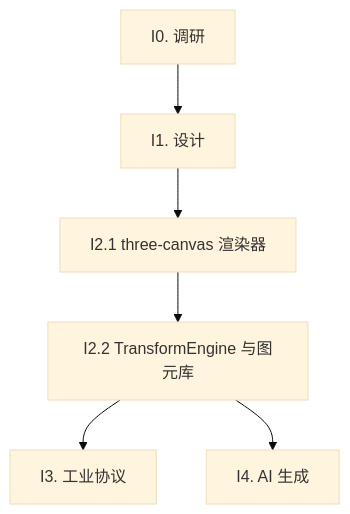
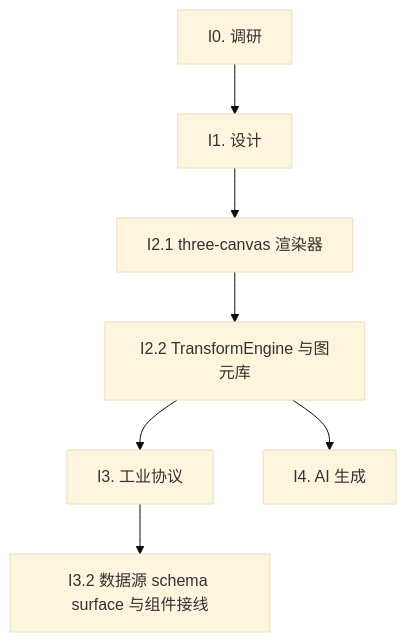
One commit to entropy-cloud/nop-chaos-flux changed the diagram in docs/backlog/threejs-integration-roadmap.md. Above: the diagram before and after it, drawn with Mermaid (base theme). The commit also changed other lines of this file and 1 other file, not shown here.

Commit message:
docs(threejs): plan 470 (I3.2 datasource schema surface + component wiring) reviewed to active — fulfills plan 467 Deferred successor obligation (roadmap work item added per human directive 2026-09-16)

````diff
--- a/docs/backlog/threejs-integration-roadmap.md
+++ b/docs/backlog/threejs-integration-roadmap.md
@@ -90,8 +92,9 @@
 ```mermaid
 graph TD
     I0[I0. 调研] --> I1[I1. 设计]
     I1 --> I2a[I2.1 three-canvas 渲染器]
     I2a --> I2b[I2.2 TransformEngine 与图元库]
     I2b --> I3[I3. 工业协议]
+    I3 --> I3a[I3.2 数据源 schema surface 与组件接线]
     I2b --> I4[I4. AI 生成]
 ```
````
